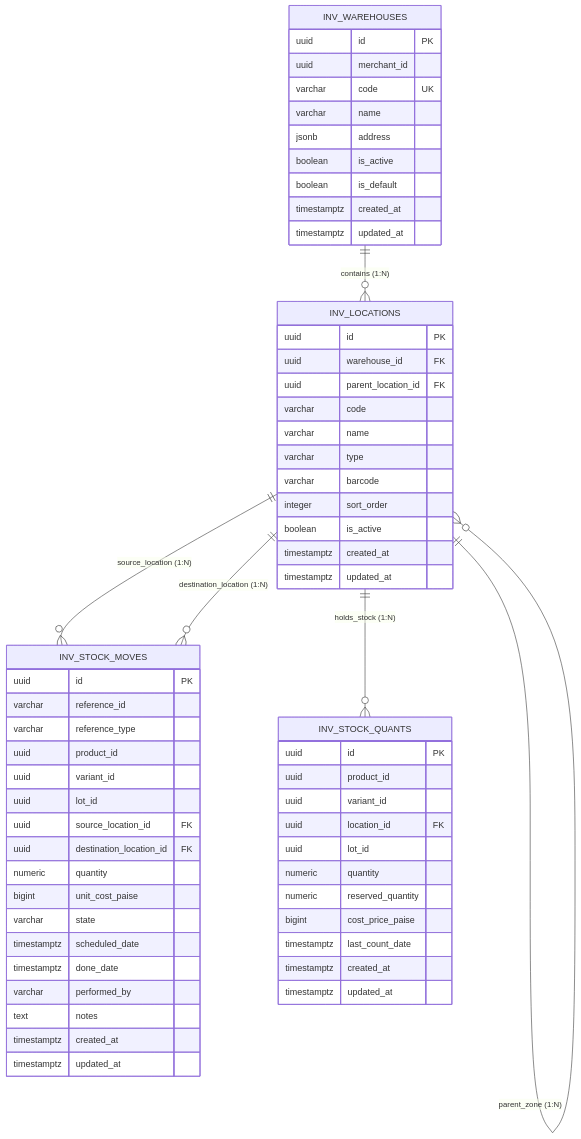
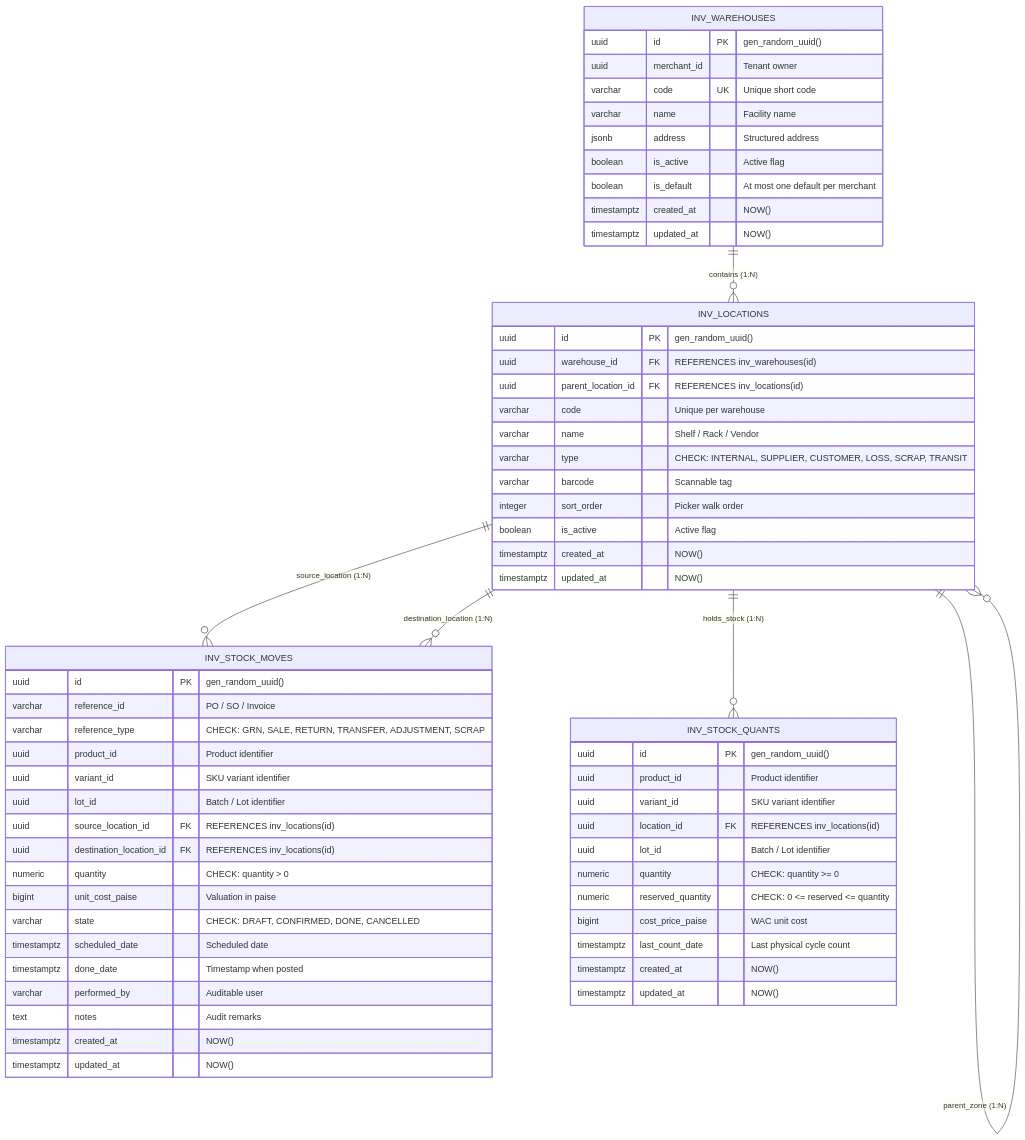
The third of 7 diagrams in docs/04-diagrams.md (pjkorba1256-cmd/stock_ledger), drawn with Mermaid before and after one commit. The commit also changed other lines of this file and 22 other files, not shown here.

````diff
--- a/docs/04-diagrams.md
+++ b/docs/04-diagrams.md
@@ -44,68 +99,68 @@
 ```mermaid
 erDiagram
     INV_WAREHOUSES ||--o{ INV_LOCATIONS : "contains (1:N)"
     INV_LOCATIONS ||--o{ INV_LOCATIONS : "parent_zone (1:N)"
     INV_LOCATIONS ||--o{ INV_STOCK_MOVES : "source_location (1:N)"
     INV_LOCATIONS ||--o{ INV_STOCK_MOVES : "destination_location (1:N)"
     INV_LOCATIONS ||--o{ INV_STOCK_QUANTS : "holds_stock (1:N)"
 
     INV_WAREHOUSES {
-        uuid id PK
-        uuid merchant_id
-        varchar code UK
-        varchar name
-        jsonb address
-        boolean is_active
-        boolean is_default
-        timestamptz created_at
-        timestamptz updated_at
+        uuid id PK "gen_random_uuid()"
+        uuid merchant_id "Tenant owner"
+        varchar code UK "Unique short code"
+        varchar name "Facility name"
+        jsonb address "Structured address"
+        boolean is_active "Active flag"
+        boolean is_default "At most one default per merchant"
+        timestamptz created_at "NOW()"
+        timestamptz updated_at "NOW()"
     }
 
     INV_LOCATIONS {
-        uuid id PK
-        uuid warehouse_id FK
-        uuid parent_location_id FK
-        varchar code
-        varchar name
-        varchar type
-        varchar barcode
-        integer sort_order
-        boolean is_active
-        timestamptz created_at
-        timestamptz updated_at
+        uuid id PK "gen_random_uuid()"
+        uuid warehouse_id FK "REFERENCES inv_warehouses(id)"
+        uuid parent_location_id FK "REFERENCES inv_locations(id)"
+        varchar code "Unique per warehouse"
+        varchar name "Shelf / Rack / Vendor"
+        varchar type "CHECK: INTERNAL, SUPPLIER, CUSTOMER, LOSS, SCRAP, TRANSIT"
+        varchar barcode "Scannable tag"
+        integer sort_order "Picker walk order"
+        boolean is_active "Active flag"
+        timestamptz created_at "NOW()"
+        timestamptz updated_at "NOW()"
     }
 
     INV_STOCK_MOVES {
-        uuid id PK
-        varchar reference_id
-        varchar reference_type
-        uuid product_id
-        uuid variant_id
-        uuid lot_id
-        uuid source_location_id FK
-        uuid destination_location_id FK
-        numeric quantity
-        bigint unit_cost_paise
-        varchar state
-        timestamptz scheduled_date
-        timestamptz done_date
-        varchar performed_by
-        text notes
-        timestamptz created_at
-        timestamptz updated_at
+        uuid id PK "gen_random_uuid()"
+        varchar reference_id "PO / SO / Invoice"
+        varchar reference_type "CHECK: GRN, SALE, RETURN, TRANSFER, ADJUSTMENT, SCRAP"
+        uuid product_id "Product identifier"
+        uuid variant_id "SKU variant identifier"
+        uuid lot_id "Batch / Lot identifier"
+        uuid source_location_id FK "REFERENCES inv_locations(id)"
+        uuid destination_location_id FK "REFERENCES inv_locations(id)"
+        numeric quantity "CHECK: quantity > 0"
+        bigint unit_cost_paise "Valuation in paise"
+        varchar state "CHECK: DRAFT, CONFIRMED, DONE, CANCELLED"
+        timestamptz scheduled_date "Scheduled date"
+        timestamptz done_date "Timestamp when posted"
+        varchar performed_by "Auditable user"
+        text notes "Audit remarks"
+        timestamptz created_at "NOW()"
+        timestamptz updated_at "NOW()"
     }
 
     INV_STOCK_QUANTS {
-        uuid id PK
-        uuid product_id
-        uuid variant_id
-        uuid location_id FK
-        uuid lot_id
-        numeric quantity
-        numeric reserved_quantity
-        bigint cost_price_paise
-        timestamptz last_count_date
-        timestamptz created_at
-        timestamptz updated_at
+        uuid id PK "gen_random_uuid()"
+        uuid product_id "Product identifier"
+        uuid variant_id "SKU variant identifier"
+        uuid location_id FK "REFERENCES inv_locations(id)"
+        uuid lot_id "Batch / Lot identifier"
+        numeric quantity "CHECK: quantity >= 0"
+        numeric reserved_quantity "CHECK: 0 <= reserved <= quantity"
+        bigint cost_price_paise "WAC unit cost"
+        timestamptz last_count_date "Last physical cycle count"
+        timestamptz created_at "NOW()"
+        timestamptz updated_at "NOW()"
     }
 ```
````
